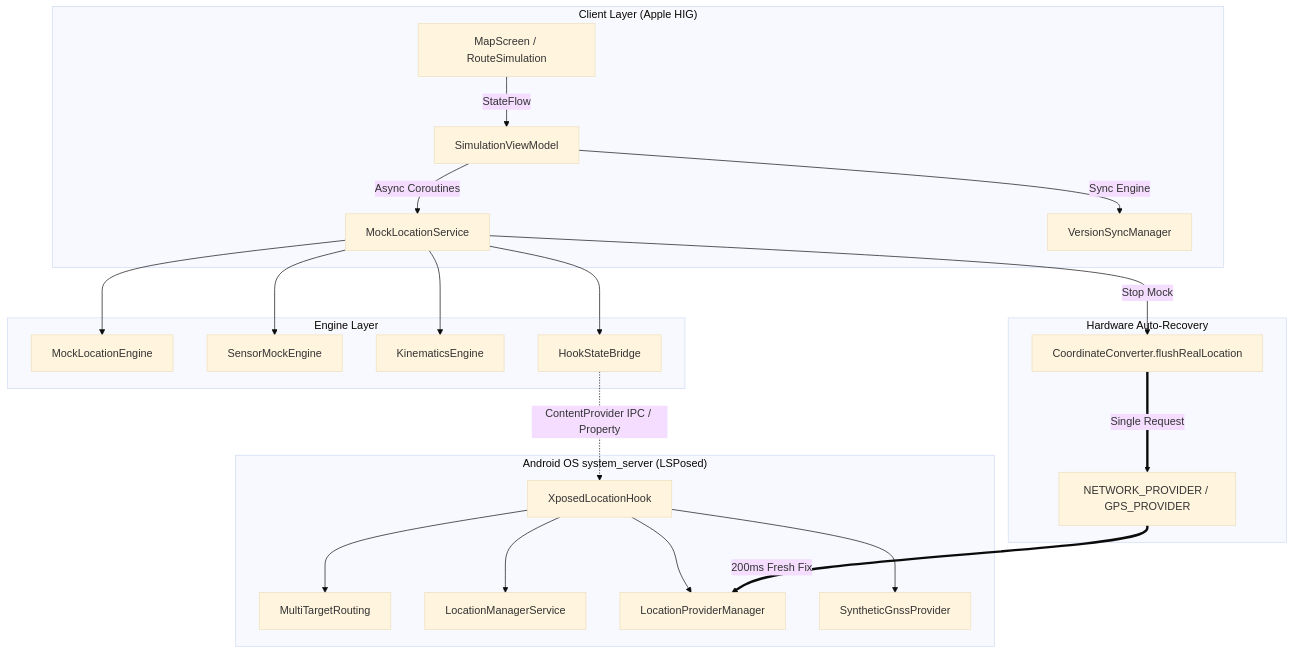
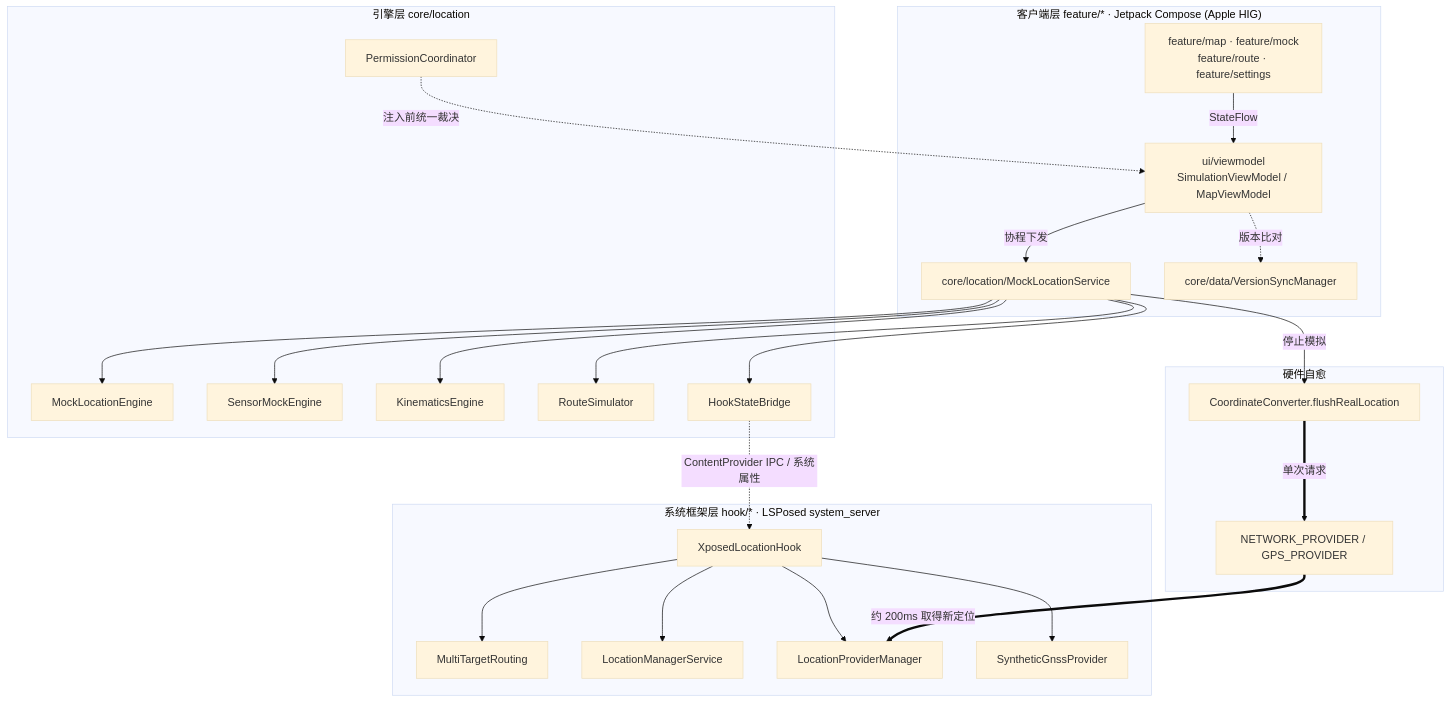
One commit to Elysia-SHY/FakeGPS-next changed the diagram in README.md. Above: the diagram before and after it, drawn with Mermaid (base theme). The commit also changed other lines of this file, not shown here.

````diff
--- a/README.md
+++ b/README.md
@@ -22,29 +23,31 @@
 ```mermaid
 graph TD
-    subgraph UI["Client Layer (Apple HIG)"]
-        A["MapScreen / RouteSimulation"] -->|StateFlow| B[SimulationViewModel]
-        B -->|Async Coroutines| C[MockLocationService]
-        B -->|Sync Engine| V[VersionSyncManager]
+    subgraph Client["客户端层 feature/* · Jetpack Compose (Apple HIG)"]
+        A["feature/map · feature/mock<br/>feature/route · feature/settings"] -->|StateFlow| B["ui/viewmodel<br/>SimulationViewModel / MapViewModel"]
+        B -->|协程下发| C["core/location/MockLocationService"]
+        B -.->|版本比对| V["core/data/VersionSyncManager"]
     end
 
-    subgraph Core["Engine Layer"]
+    subgraph Engine["引擎层 core/location"]
         C --> D[MockLocationEngine]
         C --> E[SensorMockEngine]
         C --> K[KinematicsEngine]
+        C --> R[RouteSimulator]
         C --> F[HookStateBridge]
+        P[PermissionCoordinator] -.->|注入前统一裁决| B
     end
 
-    subgraph SystemServer["Android OS system_server (LSPosed)"]
-        F -.->|"ContentProvider IPC / Property"| G[XposedLocationHook]
+    subgraph System["系统框架层 hook/* · LSPosed system_server"]
+        F -.->|"ContentProvider IPC / 系统属性"| G[XposedLocationHook]
         G --> M[MultiTargetRouting]
         G --> H[LocationManagerService]
         G --> I[LocationProviderManager]
         G --> S[SyntheticGnssProvider]
     end
 
-    subgraph Recovery["Hardware Auto-Recovery"]
-        C -->|"Stop Mock"| R["CoordinateConverter.flushRealLocation"]
-        R ==>|"Single Request"| L["NETWORK_PROVIDER / GPS_PROVIDER"]
-        L ==>|"200ms Fresh Fix"| I
+    subgraph Recovery["硬件自愈"]
+        C -->|"停止模拟"| T["CoordinateConverter.flushRealLocation"]
+        T ==>|"单次请求"| L["NETWORK_PROVIDER / GPS_PROVIDER"]
+        L ==>|"约 200ms 取得新定位"| I
     end
 ```
````
